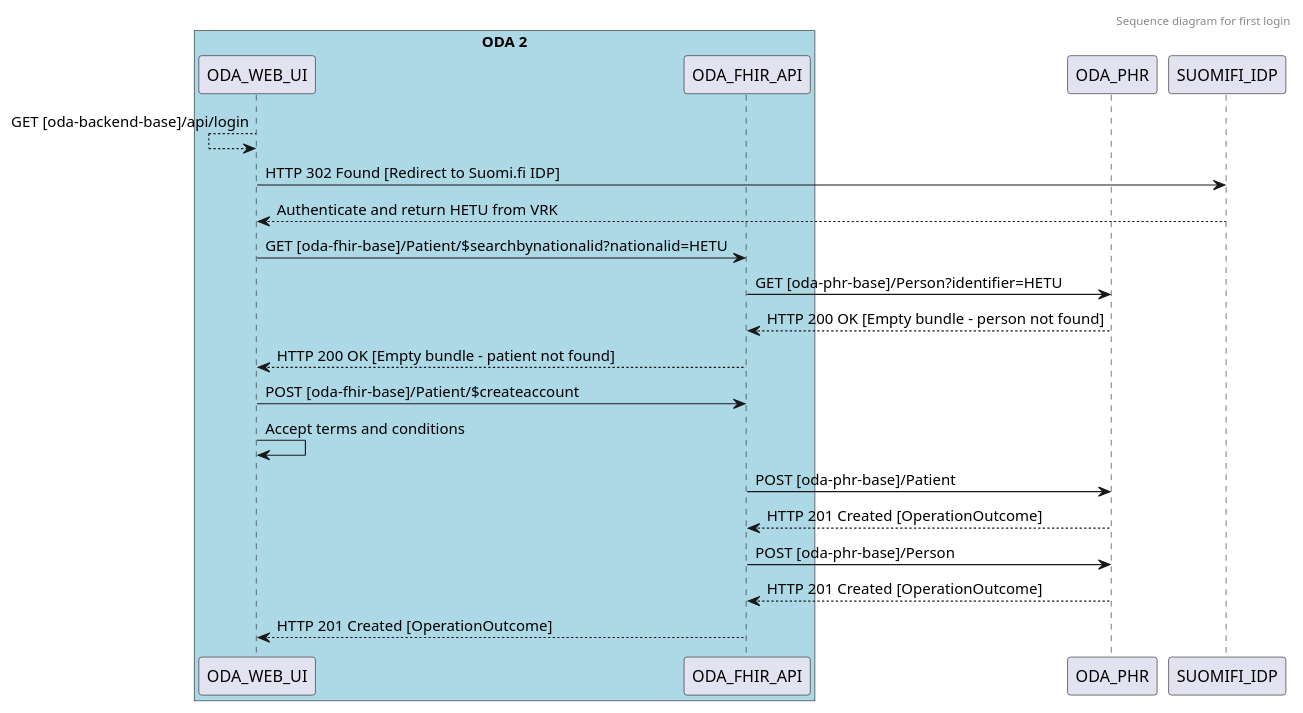
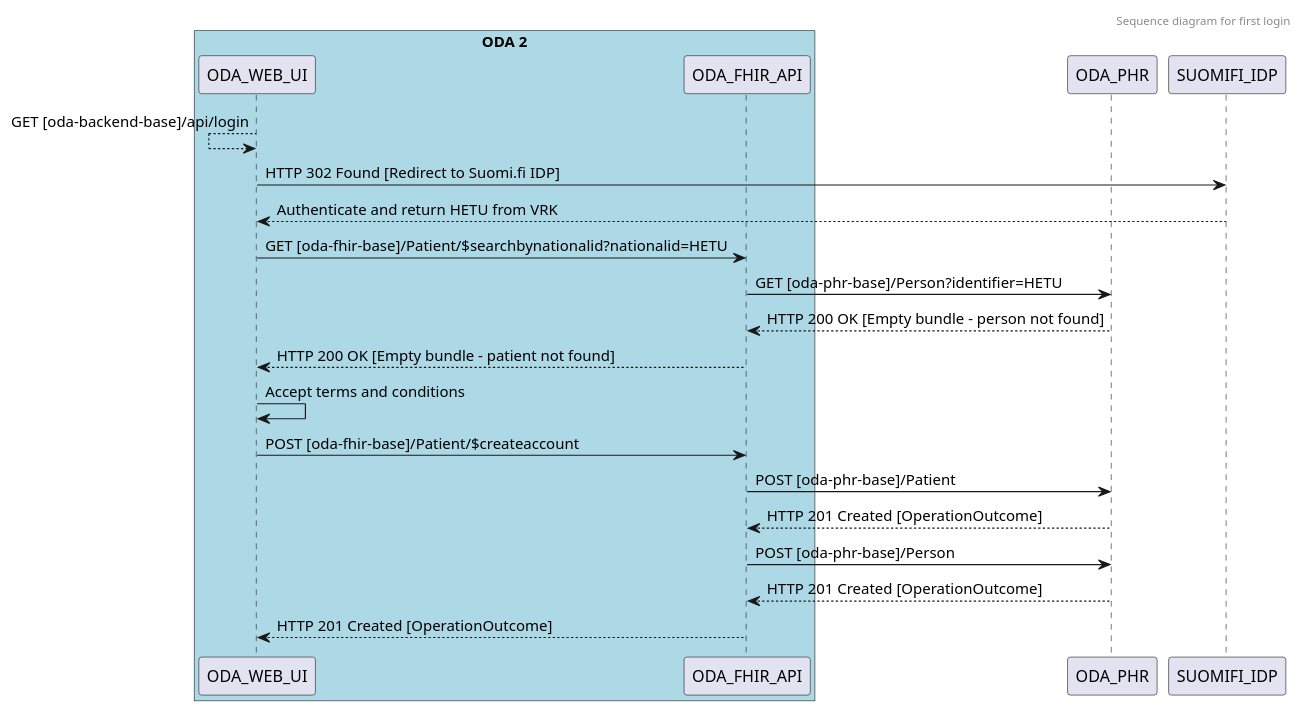
The diagram in sequence-diagrams/first-login.puml (ruoat/definitions), drawn with PlantUML before and after one commit.

Commit message:
Fixed wrong order in sequence diagram

```diff
--- a/sequence-diagrams/first-login.puml
+++ b/sequence-diagrams/first-login.puml
@@ -1,34 +1,36 @@
 @startuml
 header
 Sequence diagram for first login
 endheader
 
 participant ODA_WEB_UI
 participant ODA_FHIR_API
 
 box "ODA 2" #LightBlue
     participant ODA_WEB_UI
     participant ODA_FHIR_API
 end box
 participant ODA_PHR
 participant SUOMIFI_IDP
 ODA_WEB_UI <-- ODA_WEB_UI: GET [oda-backend-base]/api/login
 ODA_WEB_UI -> SUOMIFI_IDP:  HTTP 302 Found [Redirect to Suomi.fi IDP]
 ODA_WEB_UI <-- SUOMIFI_IDP: Authenticate and return HETU from VRK
 
 ODA_WEB_UI -> ODA_FHIR_API: GET [oda-fhir-base]/Patient/$searchbynationalid?nationalid=HETU
 ODA_FHIR_API -> ODA_PHR: GET [oda-phr-base]/Person?identifier=HETU
 ODA_FHIR_API <-- ODA_PHR: HTTP 200 OK [Empty bundle - person not found]
 ODA_WEB_UI <-- ODA_FHIR_API: HTTP 200 OK [Empty bundle - patient not found]
 
+ODA_WEB_UI -> ODA_WEB_UI: Accept terms and conditions
+
+
 ODA_WEB_UI -> ODA_FHIR_API: POST [oda-fhir-base]/Patient/$createaccount
 
-ODA_WEB_UI -> ODA_WEB_UI: Accept terms and conditions
 ODA_FHIR_API -> ODA_PHR: POST [oda-phr-base]/Patient
 ODA_FHIR_API <-- ODA_PHR: HTTP 201 Created [OperationOutcome]
 ODA_FHIR_API -> ODA_PHR: POST [oda-phr-base]/Person
 ODA_FHIR_API <-- ODA_PHR: HTTP 201 Created [OperationOutcome]
  
 ODA_WEB_UI <-- ODA_FHIR_API: HTTP 201 Created [OperationOutcome]
 
 @enduml
```
